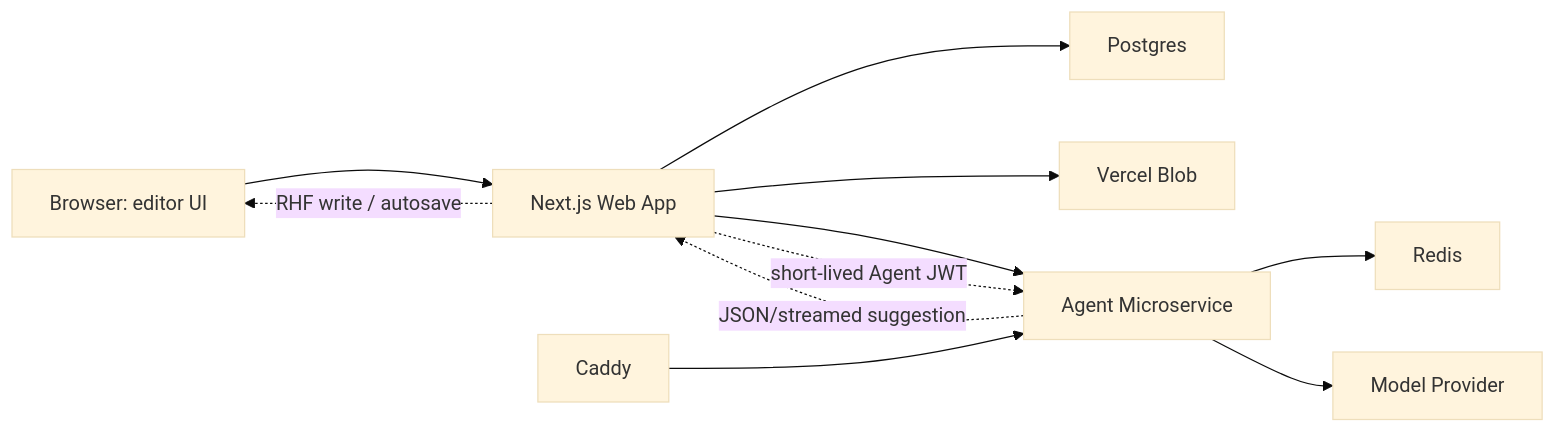
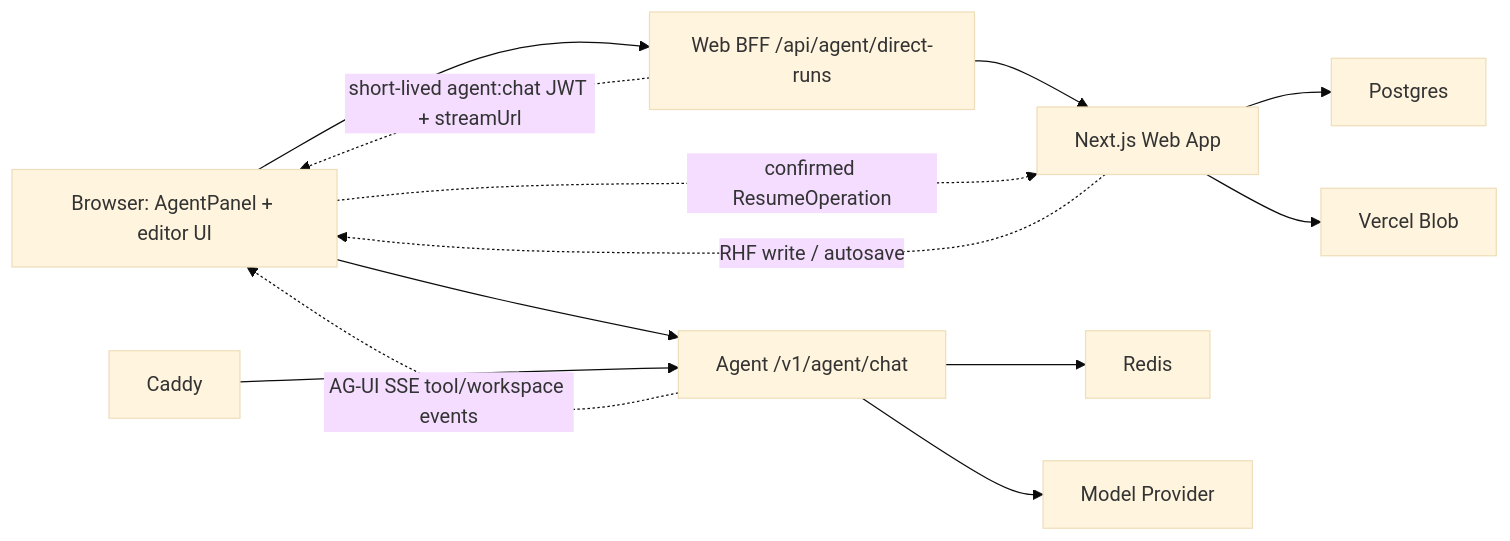
Before and after one commit to Rory-X/intro-builder: the first of 3 diagrams in docs/agent/architecture.md, drawn with Mermaid (base theme). The commit also changed other lines of this file and 26 other files, not shown here.

Commit message:
feat(agent): add long-loop resume workflow (#94)

````diff
--- a/docs/agent/architecture.md
+++ b/docs/agent/architecture.md
@@ -9,14 +9,16 @@
 ```mermaid
 flowchart LR
-  Browser["Browser: editor UI"] --> Web["Next.js Web App"]
+  Browser["Browser: AgentPanel + editor UI"] --> Bootstrap["Web BFF /api/agent/direct-runs"]
+  Bootstrap --> Web["Next.js Web App"]
   Web --> DB["Postgres"]
   Web --> Blob["Vercel Blob"]
-  Web --> Agent["Agent Microservice"]
+  Bootstrap -. "short-lived agent:chat JWT + streamUrl" .-> Browser
+  Browser --> Agent["Agent /v1/agent/chat"]
   Agent --> Redis["Redis"]
   Agent --> Provider["Model Provider"]
   Caddy["Caddy"] --> Agent
 
-  Web -. "short-lived Agent JWT" .-> Agent
-  Agent -. "JSON/streamed suggestion" .-> Web
+  Agent -. "AG-UI SSE tool/workspace events" .-> Browser
+  Browser -. "confirmed ResumeOperation" .-> Web
   Web -. "RHF write / autosave" .-> Browser
 ```
````
